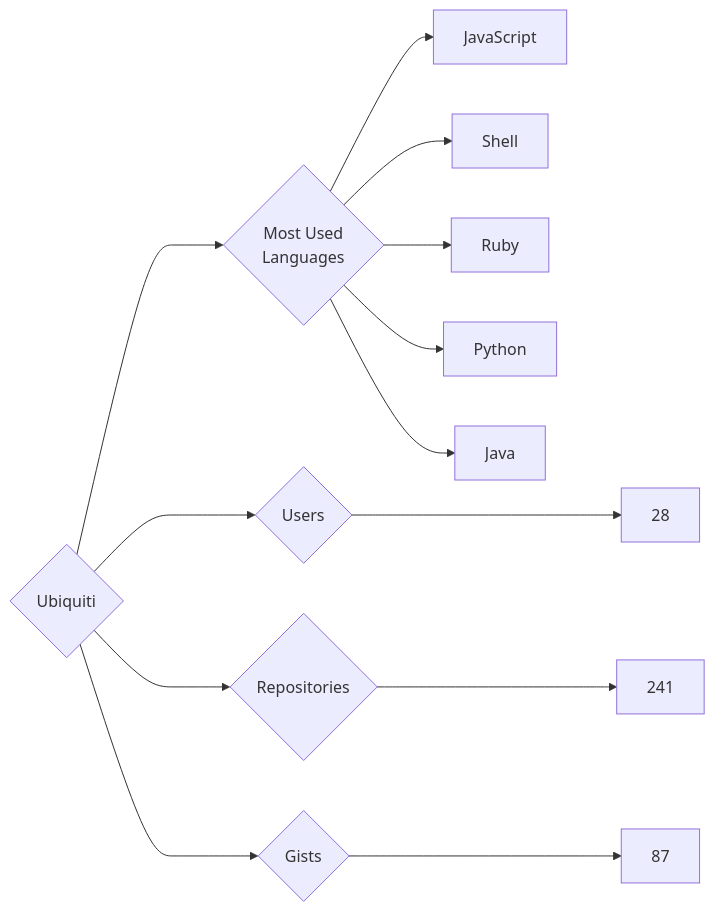
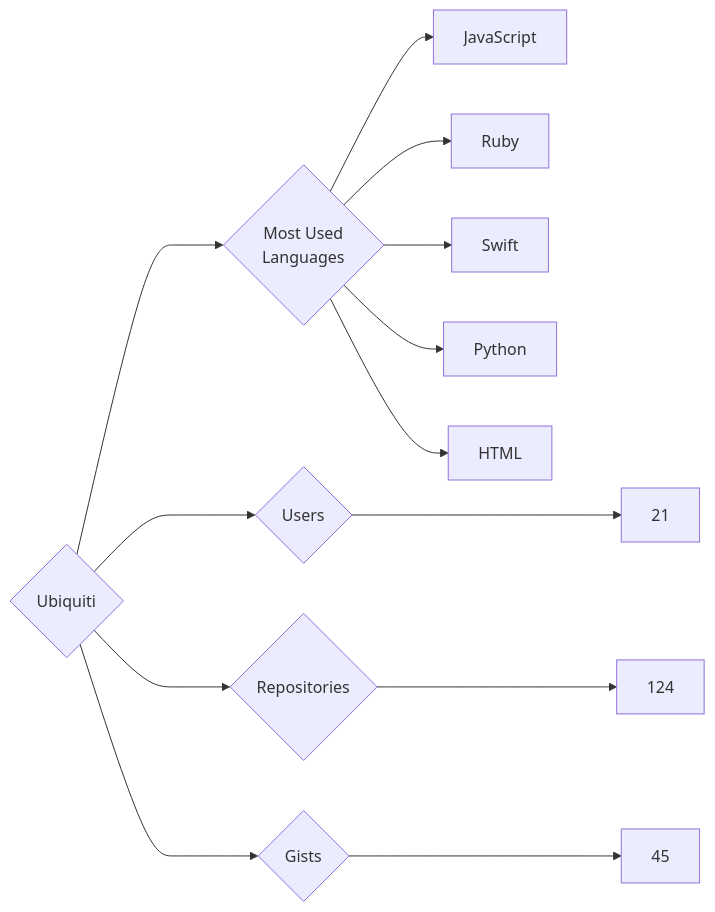
The diagram in targets/Ubiquiti/README.md (trickest/insiders), drawn with Mermaid before and after one commit. The commit also changed 928 other files, not shown here.

````diff
--- a/targets/Ubiquiti/README.md
+++ b/targets/Ubiquiti/README.md
@@ -3,13 +3,13 @@
 ```mermaid
 graph LR
 COMPANY_NAME{Ubiquiti}
-COMPANY_NAME ---> U{Users} ---> UN[28]
-COMPANY_NAME ---> R{Repositories} ---> RN[241]
-COMPANY_NAME ---> G{Gists} ---> GN[87]
+COMPANY_NAME ---> U{Users} ---> UN[21]
+COMPANY_NAME ---> R{Repositories} ---> RN[124]
+COMPANY_NAME ---> G{Gists} ---> GN[45]
 COMPANY_NAME ---> ML{Most Used<br>Languages}
 ML --> JavaScript[JavaScript]
-ML --> Shell[Shell]
 ML --> Ruby[Ruby]
+ML --> Swift[Swift]
 ML --> Python[Python]
-ML --> Java[Java]
+ML --> HTML[HTML]
 ```
````
